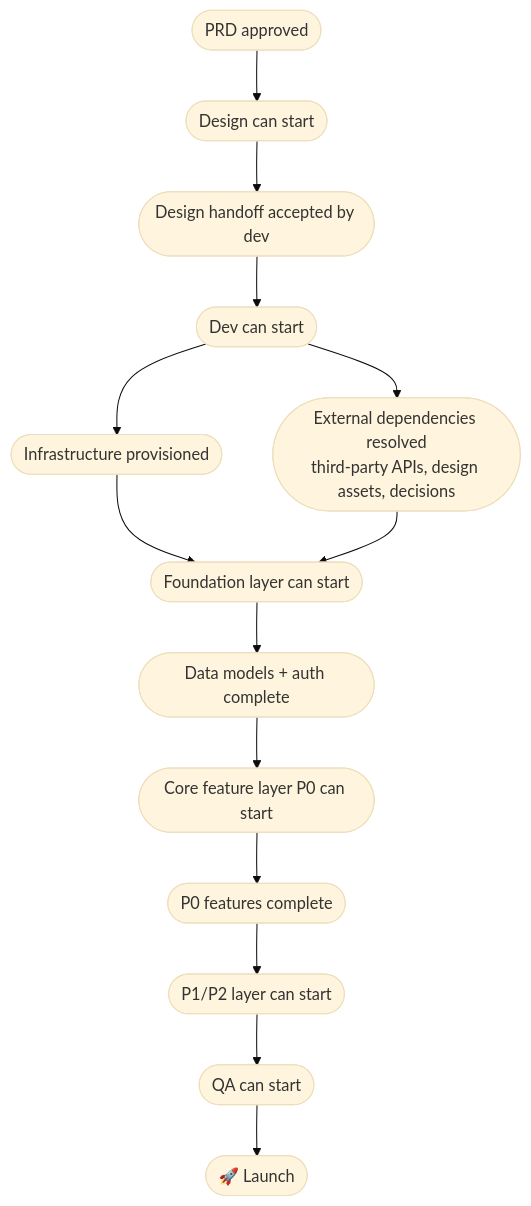
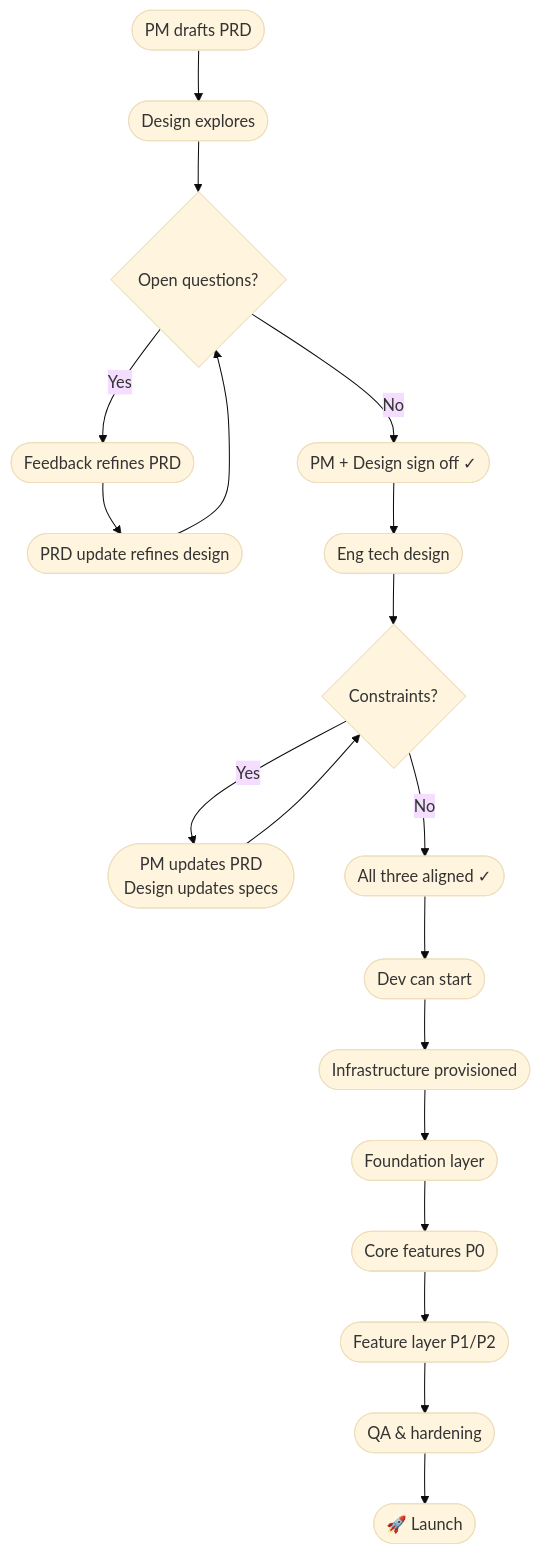
The diagram in plugins/exec-kit/skills/release-plan/release-plan-template.md (mjac-yue/claude-plugins), drawn with Mermaid (base theme) before and after one commit. The commit also changed other lines of this file and 10 other files, not shown here.

First line of the commit message:
Extend exec-kit to own full PM→Design→Dev lifecycle with session continuity

````diff
--- a/plugins/exec-kit/skills/release-plan/release-plan-template.md
+++ b/plugins/exec-kit/skills/release-plan/release-plan-template.md
@@ -40,16 +69,21 @@
 ```mermaid
 flowchart TD
-    A([PRD approved]) --> B([Design can start])
-    B --> C([Design handoff accepted by dev])
-    C --> D([Dev can start])
-    D --> E([Infrastructure provisioned])
-    D --> F([External dependencies resolved\nthird-party APIs, design assets, decisions])
-    E --> G([Foundation layer can start])
-    G --> H([Data models + auth complete])
-    H --> I([Core feature layer P0 can start])
-    I --> J([P0 features complete])
-    J --> K([P1/P2 layer can start])
-    K --> L([QA can start])
-    L --> M([🚀 Launch])
-    F --> G
+    A([PM drafts PRD]) --> B([Design explores])
+    B --> C{Open questions?}
+    C -- Yes --> D([Feedback refines PRD])
+    D --> E([PRD update refines design])
+    E --> C
+    C -- No --> F([PM + Design sign off ✓])
+    F --> G([Eng tech design])
+    G --> H{Constraints?}
+    H -- Yes --> I([PM updates PRD\nDesign updates specs])
+    I --> H
+    H -- No --> J([All three aligned ✓])
+    J --> K([Dev can start])
+    K --> L([Infrastructure provisioned])
+    L --> M([Foundation layer])
+    M --> N([Core features P0])
+    N --> O([Feature layer P1/P2])
+    O --> P([QA & hardening])
+    P --> Q([🚀 Launch])
 ```
````
